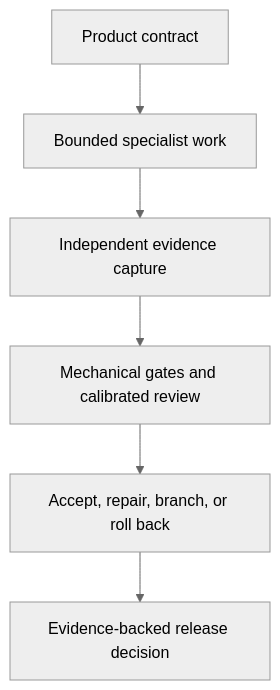
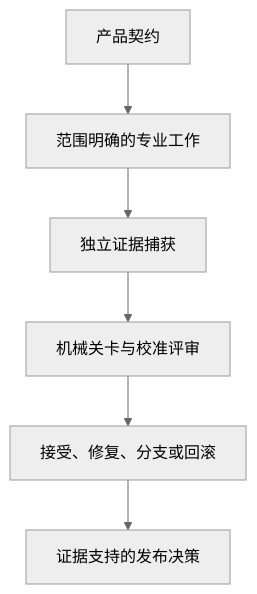
The diagram in README.zh-CN.md (Emily2040/-threejs-evidence-graph), drawn with Mermaid (neutral theme) before and after one commit. The commit also changed other lines of this file and 19 other files, not shown here.

````diff
--- a/README.zh-CN.md
+++ b/README.zh-CN.md
@@ -31,8 +31,8 @@
 ```mermaid
 flowchart TD
-    A["Product contract"] --> B["Bounded specialist work"]
-    B --> C["Independent evidence capture"]
-    C --> D["Mechanical gates and calibrated review"]
-    D --> E["Accept, repair, branch, or roll back"]
-    E --> F["Evidence-backed release decision"]
+    A["产品契约"] --> B["范围明确的专业工作"]
+    B --> C["独立证据捕获"]
+    C --> D["机械关卡与校准评审"]
+    D --> E["接受、修复、分支或回滚"]
+    E --> F["证据支持的发布决策"]
 ```
````
